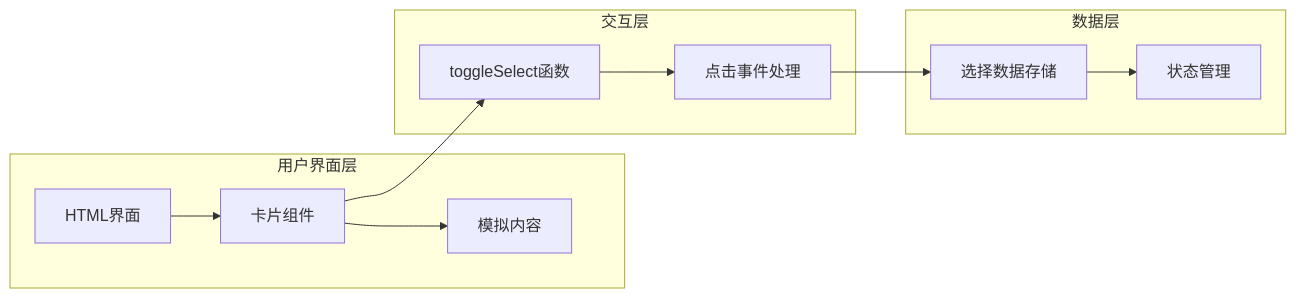
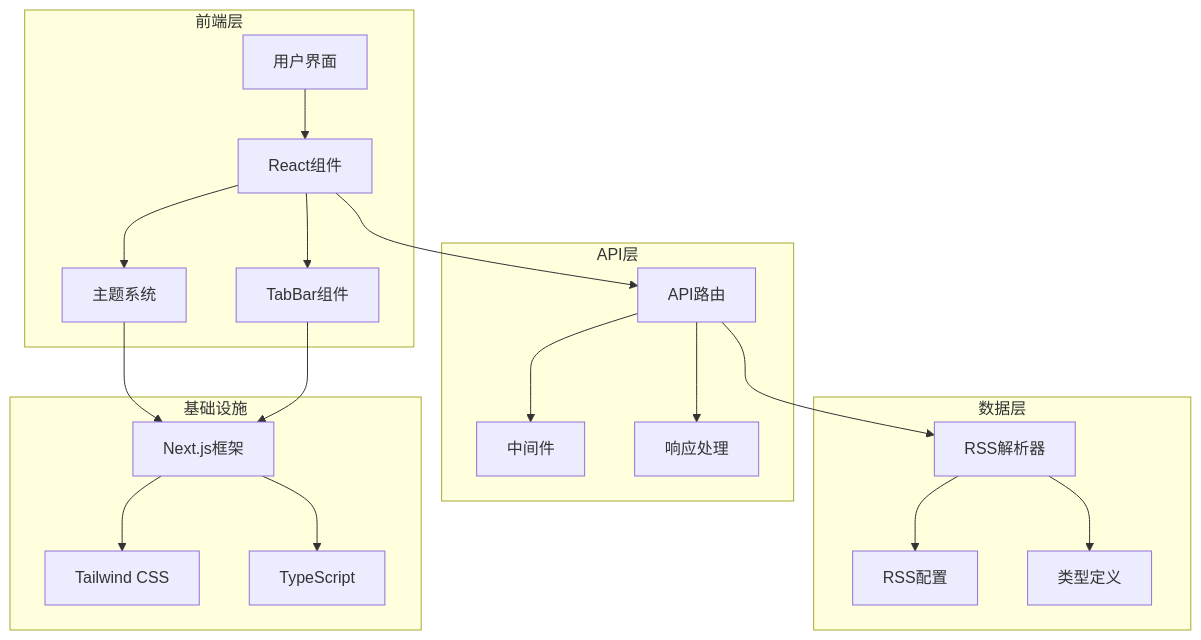
Before and after one commit to huanglixinccc/next-demo-collection: the first of 5 diagrams in .qoder/repowiki/zh/content/快速开始.md, drawn with Mermaid. The commit also changed other lines of this file and 10 other files, not shown here.

````diff
--- a/.qoder/repowiki/zh/content/快速开始.md
+++ b/.qoder/repowiki/zh/content/快速开始.md
@@ -91,22 +103,37 @@
 ```mermaid
-graph LR
-subgraph "用户界面层"
-UI[HTML界面]
-Cards[卡片组件]
-Mockups[模拟内容]
+graph TB
+subgraph "前端层"
+UI[用户界面]
+Components[React组件]
+Theme[主题系统]
+Tabs[TabBar组件]
 end
-subgraph "交互层"
-Toggle[toggleSelect函数]
-ClickEvent[点击事件处理]
+subgraph "API层"
+API[API路由]
+Middleware[中间件]
+Response[响应处理]
 end
 subgraph "数据层"
-ChoiceData[选择数据存储]
-State[状态管理]
+RSS[RSS解析器]
+Config[RSS配置]
+Types[类型定义]
 end
-UI --> Cards
-Cards --> Mockups
-Cards --> Toggle
-Toggle --> ClickEvent
-ClickEvent --> ChoiceData
-ChoiceData --> State
+subgraph "基础设施"
+Next[Next.js框架]
+Tailwind[Tailwind CSS]
+TypeScript[TypeScript]
+end
+UI --> Components
+Components --> Theme
+Components --> Tabs
+API --> Middleware
+API --> Response
+API --> RSS
+RSS --> Config
+RSS --> Types
+Components --> API
+Theme --> Next
+Tabs --> Next
+Next --> Tailwind
+Next --> TypeScript
 ```
````
